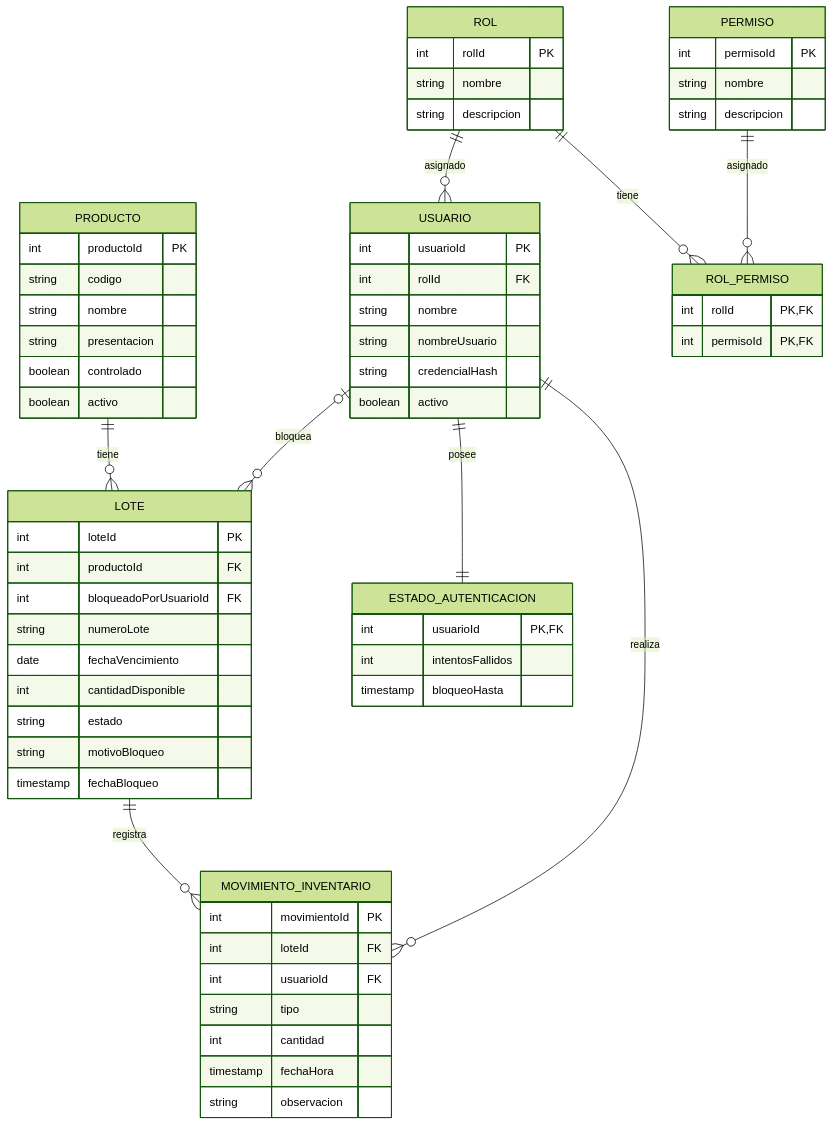
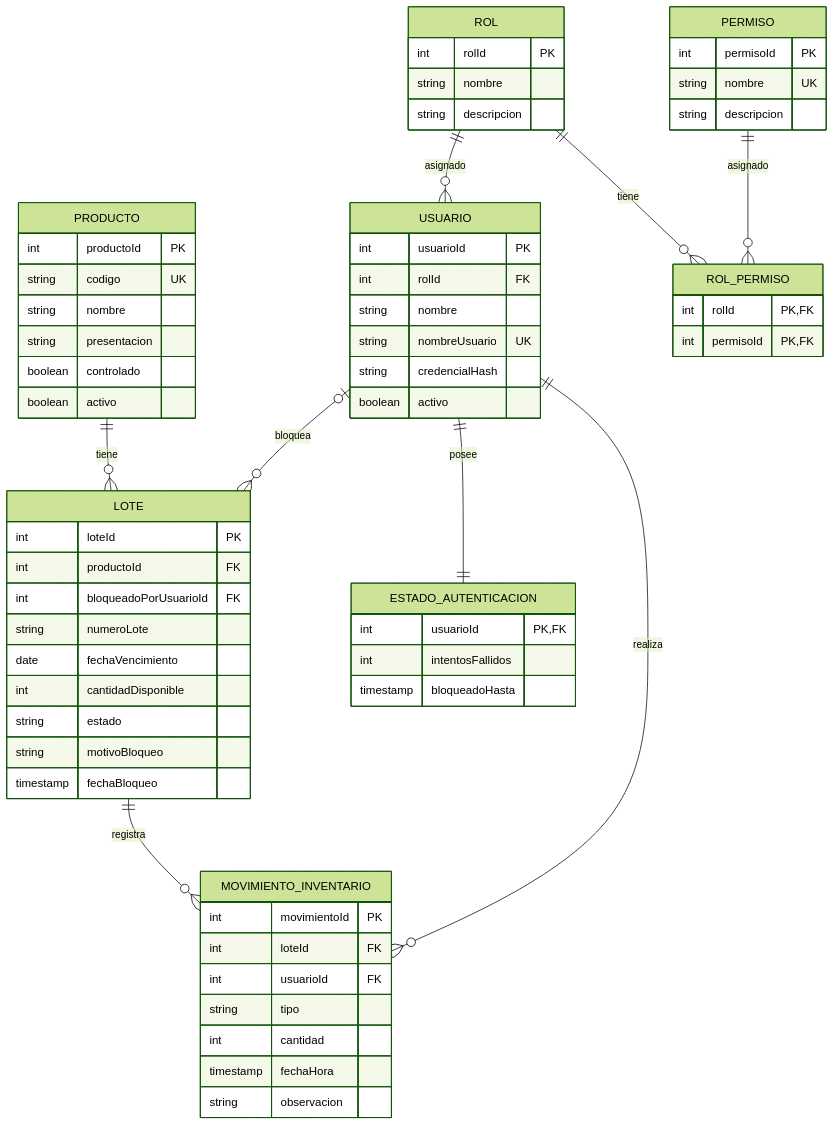
The third of 3 diagrams in docs/design/02_Diseño_de_Interacción_y_Datos.md (anmorenol63/Ingesoft_t6), drawn with Mermaid (forest theme) before and after one commit. The commit also changed other lines of this file, not shown here.

````diff
--- a/docs/design/02_Diseño_de_Interacción_y_Datos.md
+++ b/docs/design/02_Diseño_de_Interacción_y_Datos.md
@@ -273,74 +275,74 @@
 ```mermaid
 erDiagram
     PRODUCTO ||--o{ LOTE : tiene
     LOTE ||--o{ MOVIMIENTO_INVENTARIO : registra
     USUARIO ||--o{ MOVIMIENTO_INVENTARIO : realiza
     USUARIO ||--|| ESTADO_AUTENTICACION : posee
     ROL ||--o{ USUARIO : asignado
     ROL ||--o{ ROL_PERMISO : tiene
     PERMISO ||--o{ ROL_PERMISO : asignado
     USUARIO o|--o{ LOTE : bloquea
 
     PRODUCTO {
         int productoId PK
-        string codigo
+        string codigo UK
         string nombre
         string presentacion
         boolean controlado
         boolean activo
     }
 
     LOTE {
         int loteId PK
         int productoId FK
         int bloqueadoPorUsuarioId FK
         string numeroLote
         date fechaVencimiento
         int cantidadDisponible
         string estado
         string motivoBloqueo
         timestamp fechaBloqueo
     }
 
     MOVIMIENTO_INVENTARIO {
         int movimientoId PK
         int loteId FK
         int usuarioId FK
         string tipo
         int cantidad
         timestamp fechaHora
         string observacion
     }
 
     USUARIO {
         int usuarioId PK
         int rolId FK
         string nombre
-        string nombreUsuario
+        string nombreUsuario UK
         string credencialHash
         boolean activo
     }
 
     ROL {
         int rolId PK
         string nombre
         string descripcion
     }
 
     PERMISO {
         int permisoId PK
-        string nombre
+        string nombre UK
         string descripcion
     }
 
     ROL_PERMISO {
         int rolId PK, FK
         int permisoId PK, FK
     }
 
     ESTADO_AUTENTICACION {
         int usuarioId PK, FK
         int intentosFallidos
-        timestamp bloqueoHasta
+        timestamp bloqueadoHasta
     }
 ```
````
